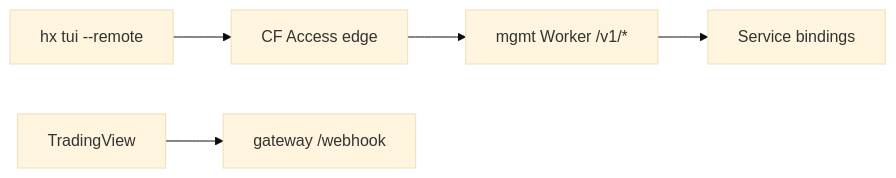
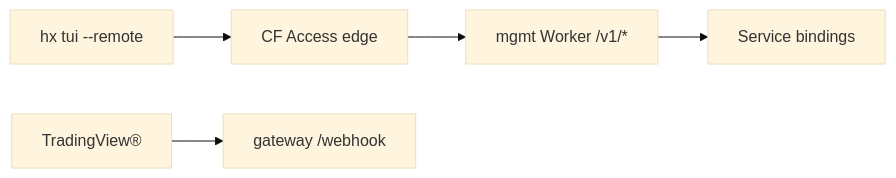
Before and after one commit to gitlqhlin/hoox: the diagram in docs/devops/deployment/private-ingress.mdx, drawn with Mermaid (base theme). The commit also changed other lines of this file and 44 other files, not shown here.

````diff
--- a/docs/devops/deployment/private-ingress.mdx
+++ b/docs/devops/deployment/private-ingress.mdx
@@ -33,7 +33,7 @@
 ```mermaid
 flowchart LR
   Laptop["hx tui --remote"] --> Access["CF Access edge"]
   Access --> Mgmt["mgmt Worker /v1/*"]
   Mgmt --> Internal["Service bindings"]
-  TV["TradingView"] --> Gateway["gateway /webhook"]
+  TV["TradingView®"] --> Gateway["gateway /webhook"]
 ```
````
